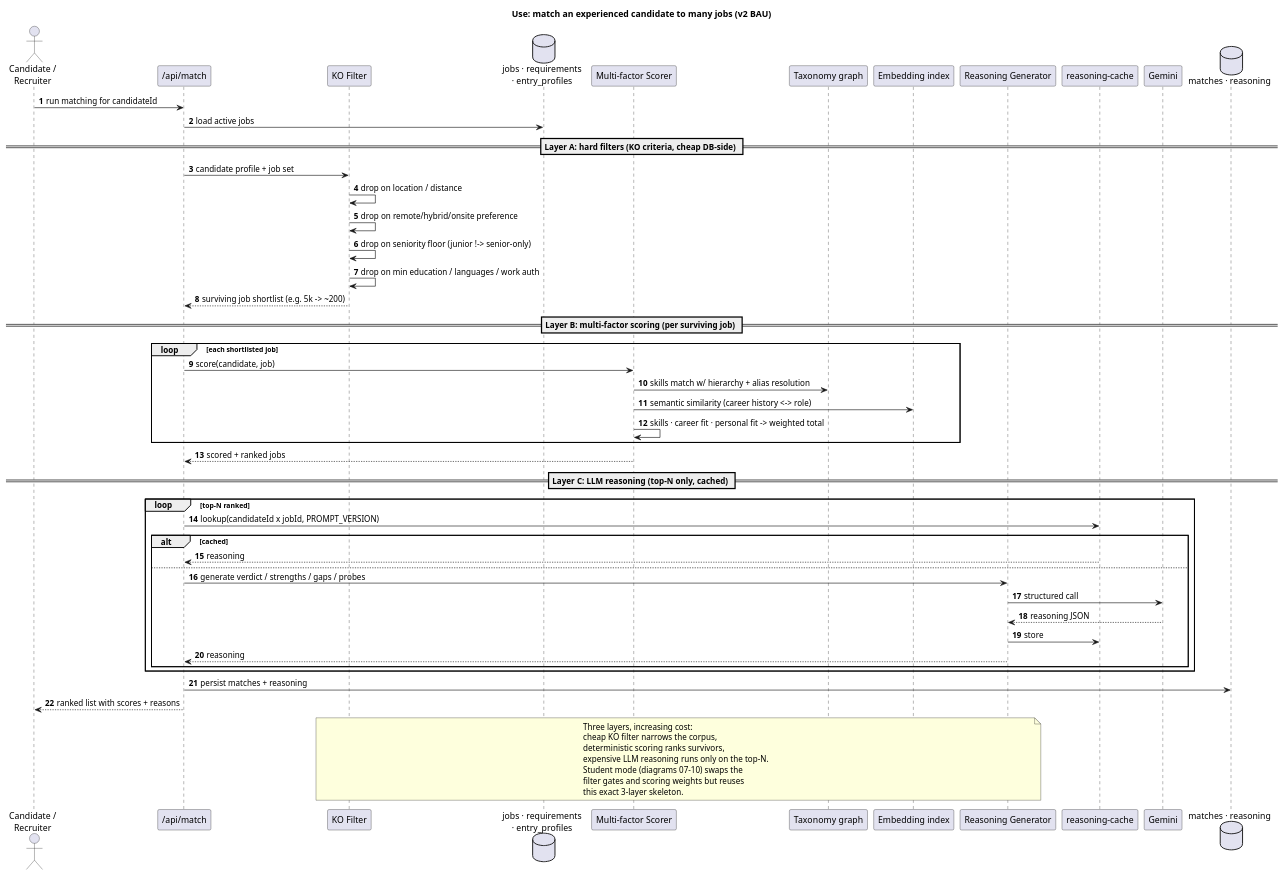
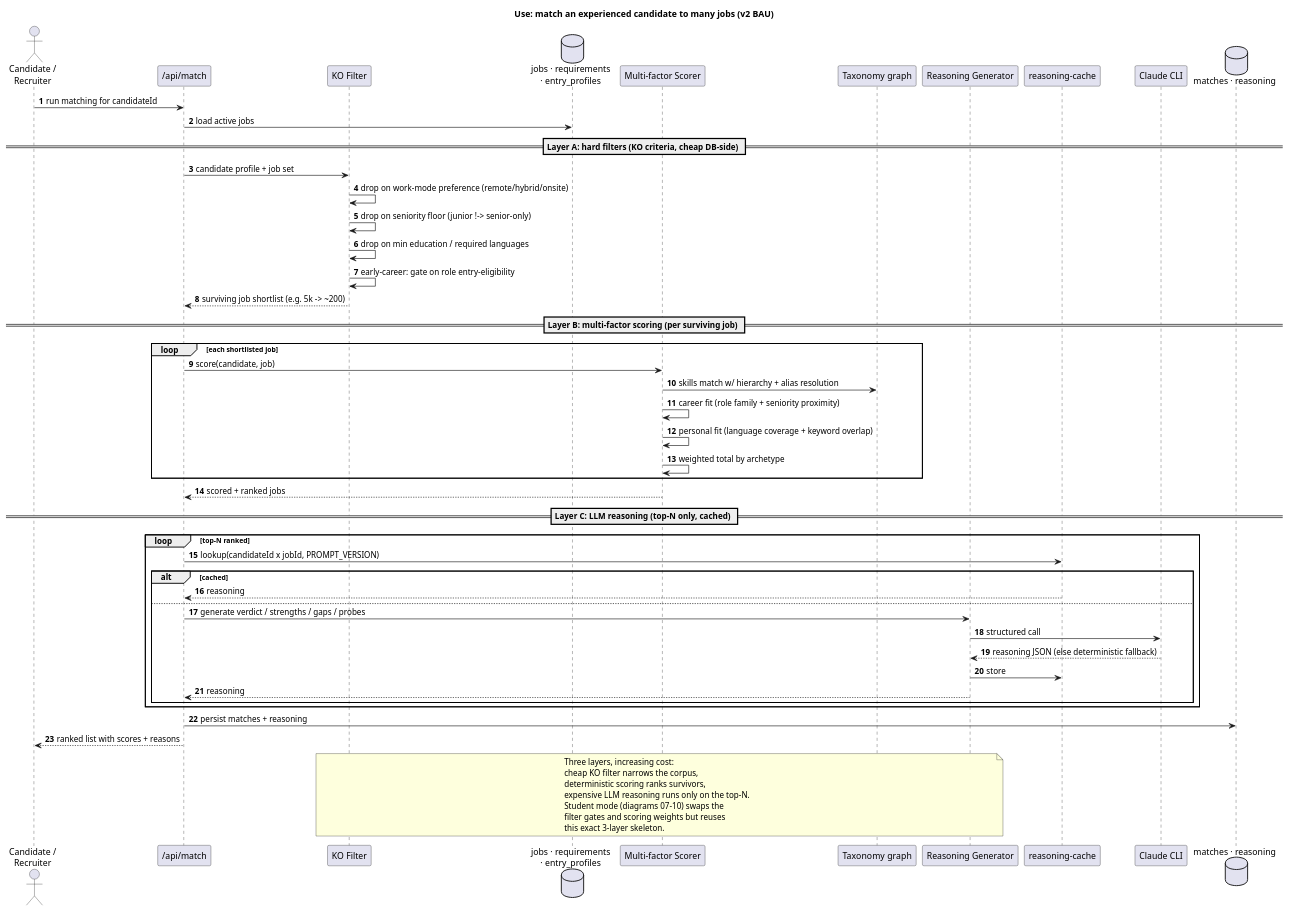
Before and after one commit to xkazm04/kp: the diagram in docs/diagrams/06-bau-matching-pipeline.puml, drawn with PlantUML. The commit also changed 212 other files, not shown here.

```diff
--- a/docs/diagrams/06-bau-matching-pipeline.puml
+++ b/docs/diagrams/06-bau-matching-pipeline.puml
@@ -1,65 +1,65 @@
 @startuml bau-matching-pipeline
 title Use: match an experienced candidate to many jobs (v2 BAU)
 
 skinparam shadowing false
 autonumber
 
 actor "Candidate /\nRecruiter" as user
 participant "/api/match" as api
 participant "KO Filter" as ko
 database "jobs · requirements\n· entry_profiles" as jobs
 participant "Multi-factor Scorer" as scorer
 participant "Taxonomy graph" as taxo
-participant "Embedding index" as embed
 participant "Reasoning Generator" as reason
 participant "reasoning-cache" as rcache
-participant "Gemini" as gemini
+participant "Claude CLI" as claude
 database "matches · reasoning" as mstore
 
 user -> api : run matching for candidateId
 api -> jobs : load active jobs
 
 == Layer A: hard filters (KO criteria, cheap DB-side) ==
 api -> ko : candidate profile + job set
-ko -> ko : drop on location / distance
-ko -> ko : drop on remote/hybrid/onsite preference
+ko -> ko : drop on work-mode preference (remote/hybrid/onsite)
 ko -> ko : drop on seniority floor (junior !-> senior-only)
-ko -> ko : drop on min education / languages / work auth
+ko -> ko : drop on min education / required languages
+ko -> ko : early-career: gate on role entry-eligibility
 ko --> api : surviving job shortlist (e.g. 5k -> ~200)
 
 == Layer B: multi-factor scoring (per surviving job) ==
 loop each shortlisted job
   api -> scorer : score(candidate, job)
   scorer -> taxo : skills match w/ hierarchy + alias resolution
-  scorer -> embed : semantic similarity (career history <-> role)
-  scorer -> scorer : skills · career fit · personal fit -> weighted total
+  scorer -> scorer : career fit (role family + seniority proximity)
+  scorer -> scorer : personal fit (language coverage + keyword overlap)
+  scorer -> scorer : weighted total by archetype
 end
 scorer --> api : scored + ranked jobs
 
 == Layer C: LLM reasoning (top-N only, cached) ==
 loop top-N ranked
   api -> rcache : lookup(candidateId x jobId, PROMPT_VERSION)
   alt cached
     rcache --> api : reasoning
   else
     api -> reason : generate verdict / strengths / gaps / probes
-    reason -> gemini : structured call
-    gemini --> reason : reasoning JSON
+    reason -> claude : structured call
+    claude --> reason : reasoning JSON (else deterministic fallback)
     reason -> rcache : store
     reason --> api : reasoning
   end
 end
 
 api -> mstore : persist matches + reasoning
 api --> user : ranked list with scores + reasons
 
 note over ko, reason
   Three layers, increasing cost:
   cheap KO filter narrows the corpus,
   deterministic scoring ranks survivors,
   expensive LLM reasoning runs only on the top-N.
   Student mode (diagrams 07-10) swaps the
   filter gates and scoring weights but reuses
   this exact 3-layer skeleton.
 end note
 @enduml
```
